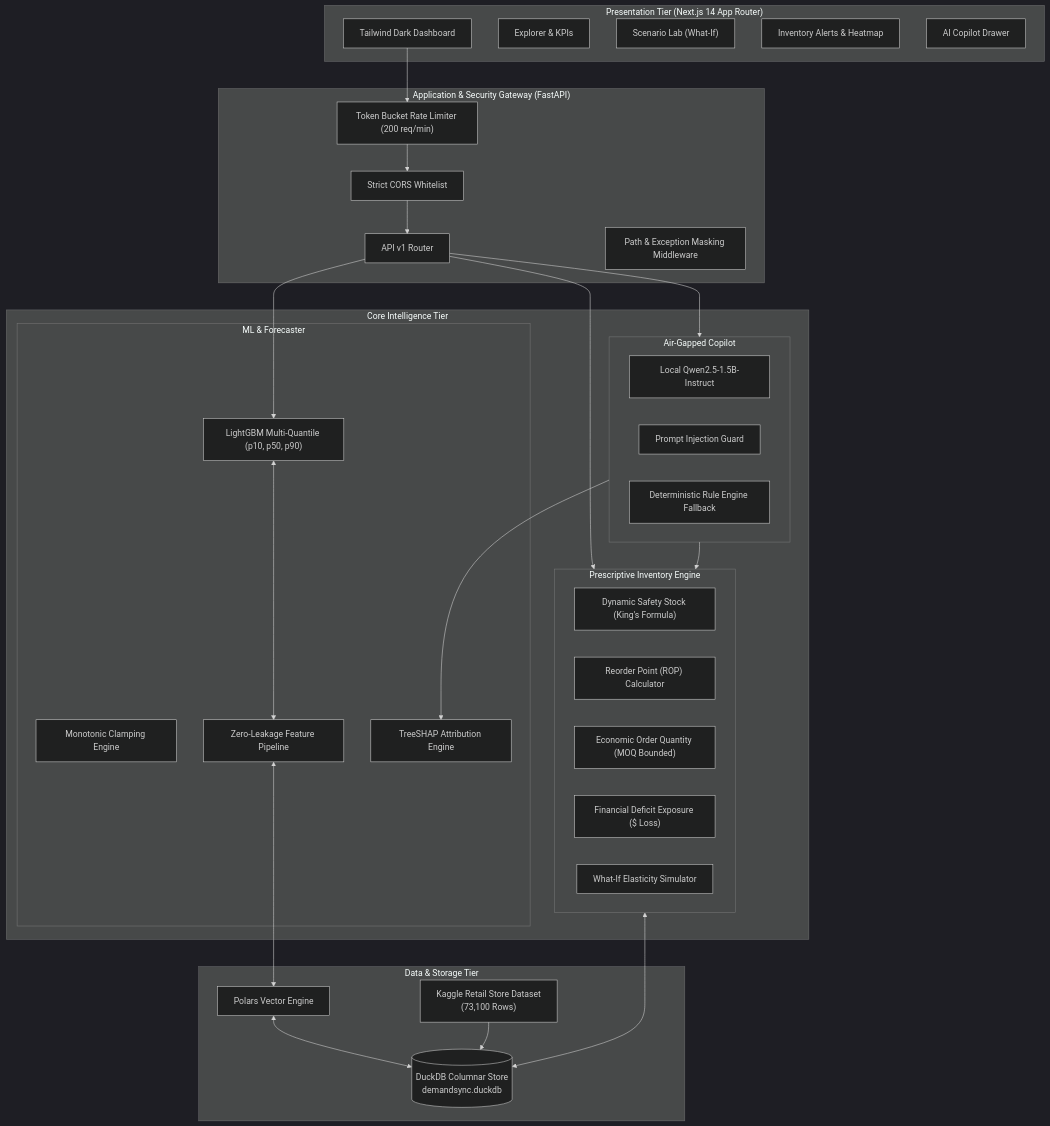
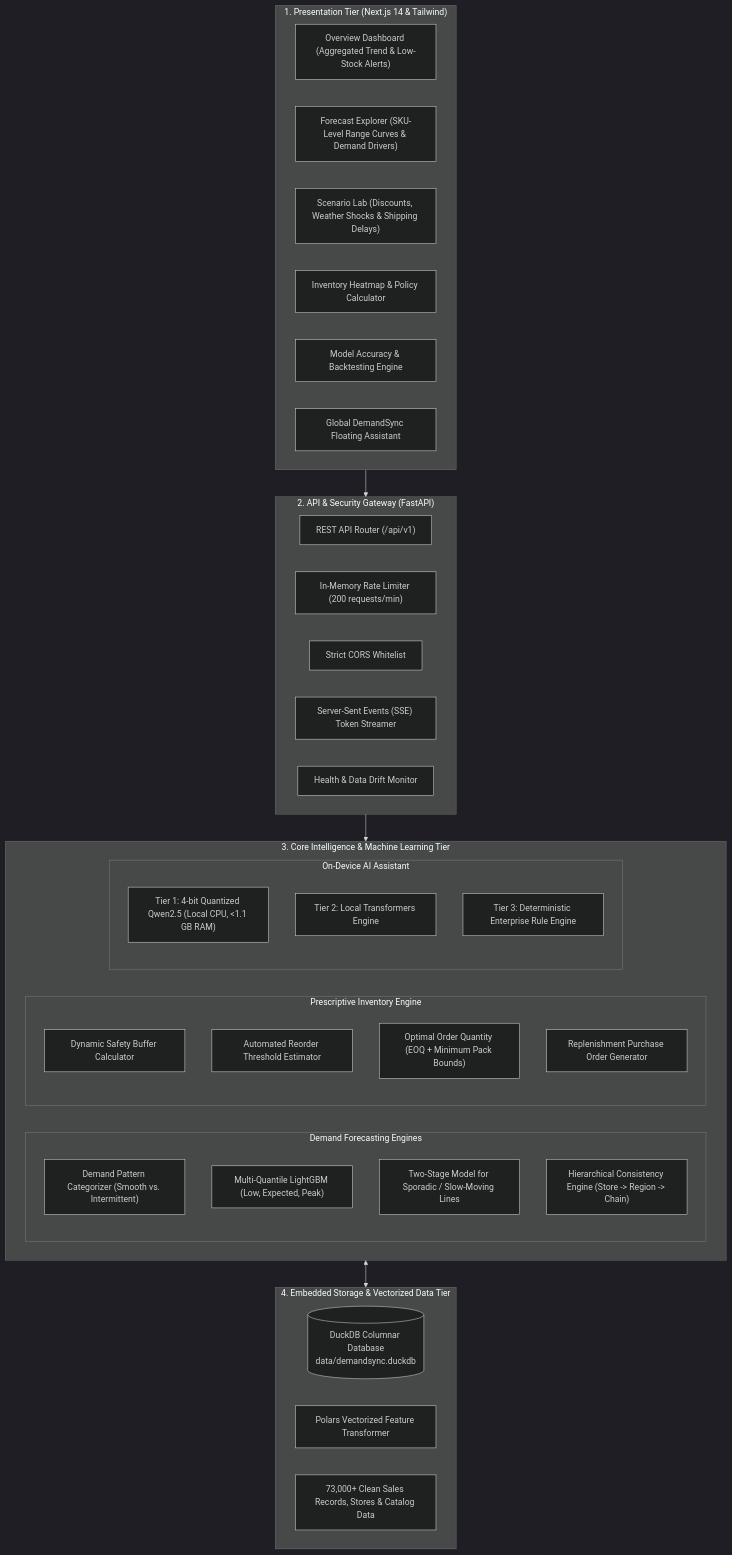
Before and after one commit to vkshdev/DemandSync: the diagram in architecture.md, drawn with Mermaid (dark theme). The commit also changed other lines of this file and 1 other file, not shown here.

Commit message:
Update docs for demand forecasting and inventory management features.

````diff
--- a/architecture.md
+++ b/architecture.md
@@ -18,61 +29,51 @@
 ```mermaid
 flowchart TB
-    subgraph Client["Presentation Tier (Next.js 14 App Router)"]
-        UI["Tailwind Dark Dashboard"]
-        Exp["Explorer & KPIs"]
-        Sim["Scenario Lab (What-If)"]
-        Inv["Inventory Alerts & Heatmap"]
-        CopilotUI["AI Copilot Drawer"]
+    subgraph Presentation["1. Presentation Tier (Next.js 14 & Tailwind)"]
+        Dashboard["Overview Dashboard (Aggregated Trend & Low-Stock Alerts)"]
+        Explorer["Forecast Explorer (SKU-Level Range Curves & Demand Drivers)"]
+        Simulator["Scenario Lab (Discounts, Weather Shocks & Shipping Delays)"]
+        Inventory["Inventory Heatmap & Policy Calculator"]
+        Performance["Model Accuracy & Backtesting Engine"]
+        FloatingChatbot["Global DemandSync Floating Assistant"]
     end
 
-    subgraph API["Application & Security Gateway (FastAPI)"]
-        Router["API v1 Router"]
-        RateLimit["Token Bucket Rate Limiter (200 req/min)"]
-        CORS["Strict CORS Whitelist"]
-        Masking["Path & Exception Masking Middleware"]
+    subgraph Gateway["2. API & Security Gateway (FastAPI)"]
+        Router["REST API Router (/api/v1)"]
+        RateLimiter["In-Memory Rate Limiter (200 requests/min)"]
+        CORSSecurity["Strict CORS Whitelist"]
+        StreamRouter["Server-Sent Events (SSE) Token Streamer"]
+        Telemetry["Health & Data Drift Monitor"]
     end
 
-    subgraph CoreEngine["Core Intelligence Tier"]
-        subgraph ML["ML & Forecaster"]
-            LGBM["LightGBM Multi-Quantile (p10, p50, p90)"]
-            Clamp["Monotonic Clamping Engine"]
-            SHAP["TreeSHAP Attribution Engine"]
-            Pipe["Zero-Leakage Feature Pipeline"]
+    subgraph Intelligence["3. Core Intelligence & Machine Learning Tier"]
+        subgraph ForecastEng["Demand Forecasting Engines"]
+            Classifier["Demand Pattern Categorizer (Smooth vs. Intermittent)"]
+            QuantileModel["Multi-Quantile LightGBM (Low, Expected, Peak)"]
+            HurdleModel["Two-Stage Model for Sporadic / Slow-Moving Lines"]
+            Reconciler["Hierarchical Consistency Engine (Store -> Region -> Chain)"]
         end
 
-        subgraph Ops["Prescriptive Inventory Engine"]
-            SS["Dynamic Safety Stock (King's Formula)"]
-            ROP["Reorder Point (ROP) Calculator"]
-            EOQ["Economic Order Quantity (MOQ Bounded)"]
-            Risk["Financial Deficit Exposure ($ Loss)"]
-            Scenario["What-If Elasticity Simulator"]
+        subgraph InventoryEng["Prescriptive Inventory Engine"]
+            SafetyBuffer["Dynamic Safety Buffer Calculator"]
+            ReorderLevel["Automated Reorder Threshold Estimator"]
+            OrderSize["Optimal Order Quantity (EOQ + Minimum Pack Bounds)"]
+            POMaker["Replenishment Purchase Order Generator"]
         end
 
-        subgraph Copilot["Air-Gapped Copilot"]
-            LocalLLM["Local Qwen2.5-1.5B-Instruct"]
-            Sanitizer["Prompt Injection Guard"]
-            Fallback["Deterministic Rule Engine Fallback"]
+        subgraph AssistantEng["On-Device AI Assistant"]
+            QuantizedLLM["Tier 1: 4-bit Quantized Qwen2.5 (Local CPU, <1.1 GB RAM)"]
+            PyTorchFallback["Tier 2: Local Transformers Engine"]
+            RuleEngine["Tier 3: Deterministic Enterprise Rule Engine"]
         end
     end
 
-    subgraph DataTier["Data & Storage Tier"]
-        DuckDB[("DuckDB Columnar Store<br/>demandsync.duckdb")]
-        Polars["Polars Vector Engine"]
-        CSV["Kaggle Retail Store Dataset<br/>(73,100 Rows)"]
+    subgraph Storage["4. Embedded Storage & Vectorized Data Tier"]
+        DuckDBEngine[("DuckDB Columnar Database<br/>data/demandsync.duckdb")]
+        PolarsEngine["Polars Vectorized Feature Transformer"]
+        DataStore["73,000+ Clean Sales Records, Stores & Catalog Data"]
     end
 
-    UI --> RateLimit
-    RateLimit --> CORS
-    CORS --> Router
-    Router --> LGBM
-    Router --> Ops
-    Router --> Copilot
-
-    LGBM <--> Pipe
-    Pipe <--> Polars
-    Polars <--> DuckDB
-    CSV --> DuckDB
-    Ops <--> DuckDB
-    Copilot --> Ops
-    Copilot --> SHAP
+    Presentation --> Gateway
+    Gateway --> Intelligence
+    Intelligence <--> Storage
 ```
````
